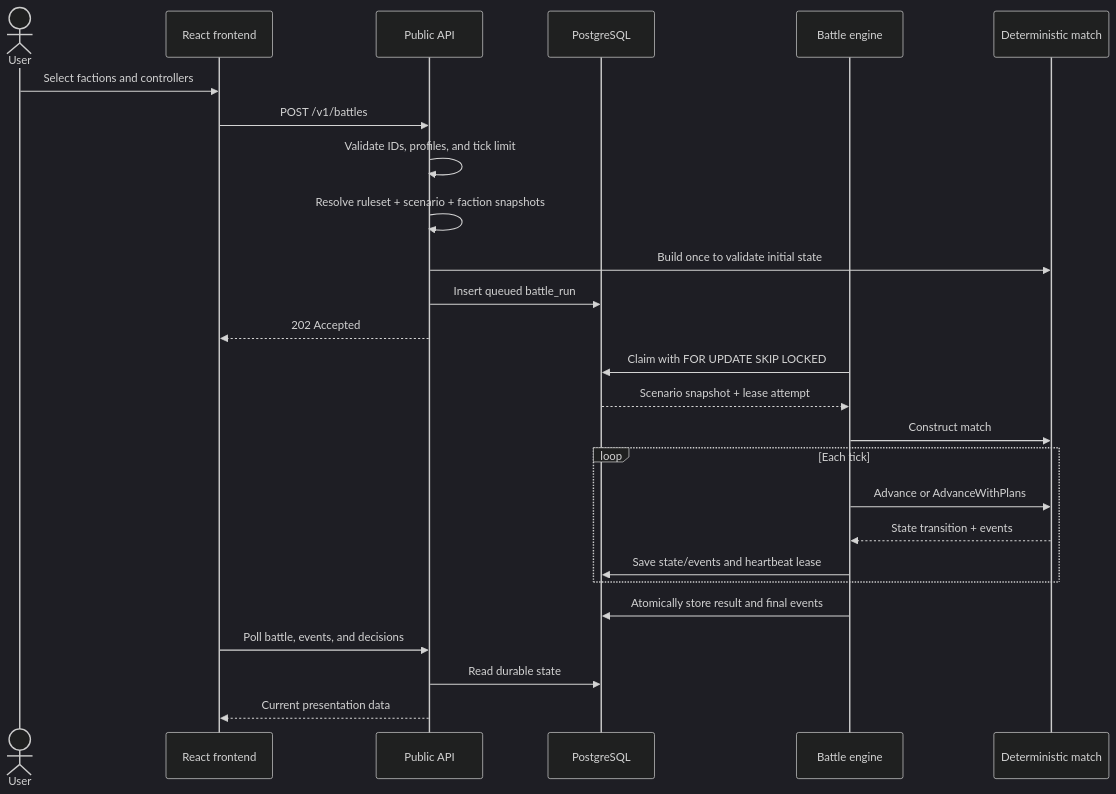
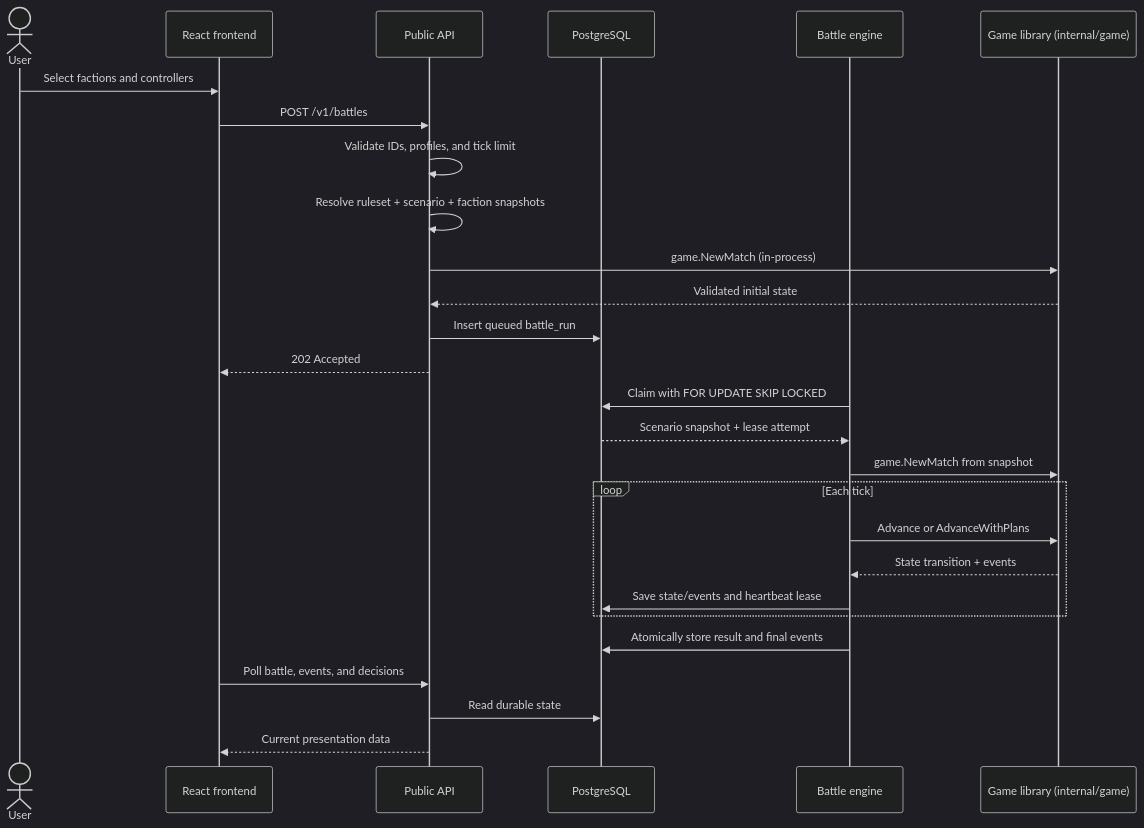
The second of 3 diagrams in docs/architecture/system-architecture.md (twhAuto/autonomous_battlefield), drawn with Mermaid (dark theme) before and after one commit. The commit also changed other lines of this file, not shown here.

Commit message:
AB-144: name the game library in runtime sequence diagrams

````diff
--- a/docs/architecture/system-architecture.md
+++ b/docs/architecture/system-architecture.md
@@ -171,29 +171,30 @@
 ```mermaid
 sequenceDiagram
     actor User
     participant UI as React frontend
     participant API as Public API
     participant DB as PostgreSQL
     participant Engine as Battle engine
-    participant Match as Deterministic match
+    participant Match as Game library (internal/game)
 
     User->>UI: Select factions and controllers
     UI->>API: POST /v1/battles
     API->>API: Validate IDs, profiles, and tick limit
     API->>API: Resolve ruleset + scenario + faction snapshots
-    API->>Match: Build once to validate initial state
+    API->>Match: game.NewMatch (in-process)
+    Match-->>API: Validated initial state
     API->>DB: Insert queued battle_run
     API-->>UI: 202 Accepted
     Engine->>DB: Claim with FOR UPDATE SKIP LOCKED
     DB-->>Engine: Scenario snapshot + lease attempt
-    Engine->>Match: Construct match
+    Engine->>Match: game.NewMatch from snapshot
     loop Each tick
         Engine->>Match: Advance or AdvanceWithPlans
         Match-->>Engine: State transition + events
         Engine->>DB: Save state/events and heartbeat lease
     end
     Engine->>DB: Atomically store result and final events
     UI->>API: Poll battle, events, and decisions
     API->>DB: Read durable state
     API-->>UI: Current presentation data
 ```
````
